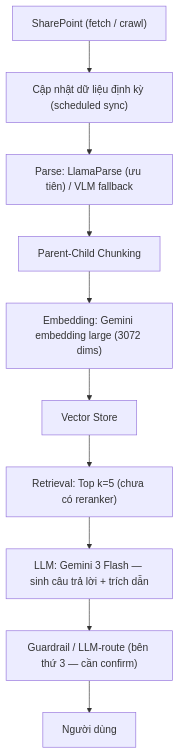
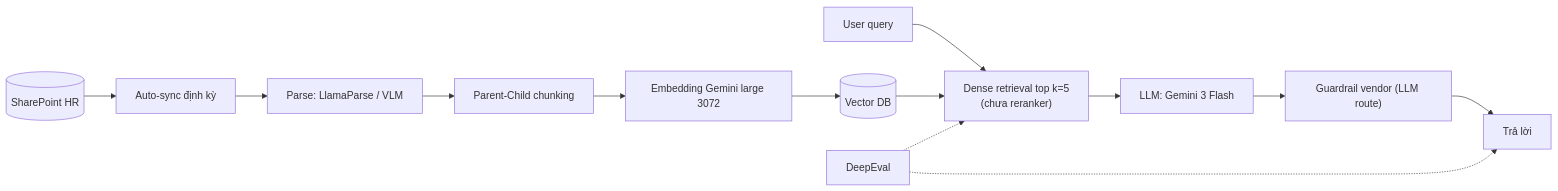
One commit to luannnguyenai/knowledge-base---backup changed the first of 2 diagrams in docs/prd-draff.md. Above: the diagram before and after it, drawn with Mermaid. The commit also changed other lines of this file, not shown here.

First line of the commit message:
chore: auto-commit after quick-task

````diff
--- a/docs/prd-draff.md
+++ b/docs/prd-draff.md
@@ -64,12 +61,15 @@
 ```mermaid
-flowchart TD
-	A["SharePoint (fetch / crawl)"] --> B["Cập nhật dữ liệu định kỳ (scheduled sync)"]
-	B --> C["Parse: LlamaParse (ưu tiên) / VLM fallback"]
-	C --> D["Parent-Child Chunking"]
-	D --> E["Embedding: Gemini embedding large (3072 dims)"]
-	E --> F["Vector Store"]
-	F --> G["Retrieval: Top k=5 (chưa có reranker)"]
-	G --> H["LLM: Gemini 3 Flash — sinh câu trả lời + trích dẫn"]
-	H --> I["Guardrail / LLM-route (bên thứ 3 — cần confirm)"]
-	I --> J["Người dùng"]
+flowchart LR
+    SP[("SharePoint HR")] --> SYNC["Auto-sync định kỳ"]
+    SYNC --> P["Parse: LlamaParse / VLM"]
+    P --> CH["Parent-Child chunking"]
+    CH --> EM["Embedding Gemini large 3072"]
+    EM --> VDB[("Vector DB")]
+    Q["User query"] --> RET["Dense retrieval top k=5<br>(chưa reranker)"]
+    VDB --> RET
+    RET --> GEN["LLM: Gemini 3 Flash"]
+    GEN --> GUARD["Guardrail vendor (LLM route)"]
+    GUARD --> ANS["Trả lời"]
+    EVAL["DeepEval"] -.-> RET
+    EVAL -.-> ANS
 ```
````
